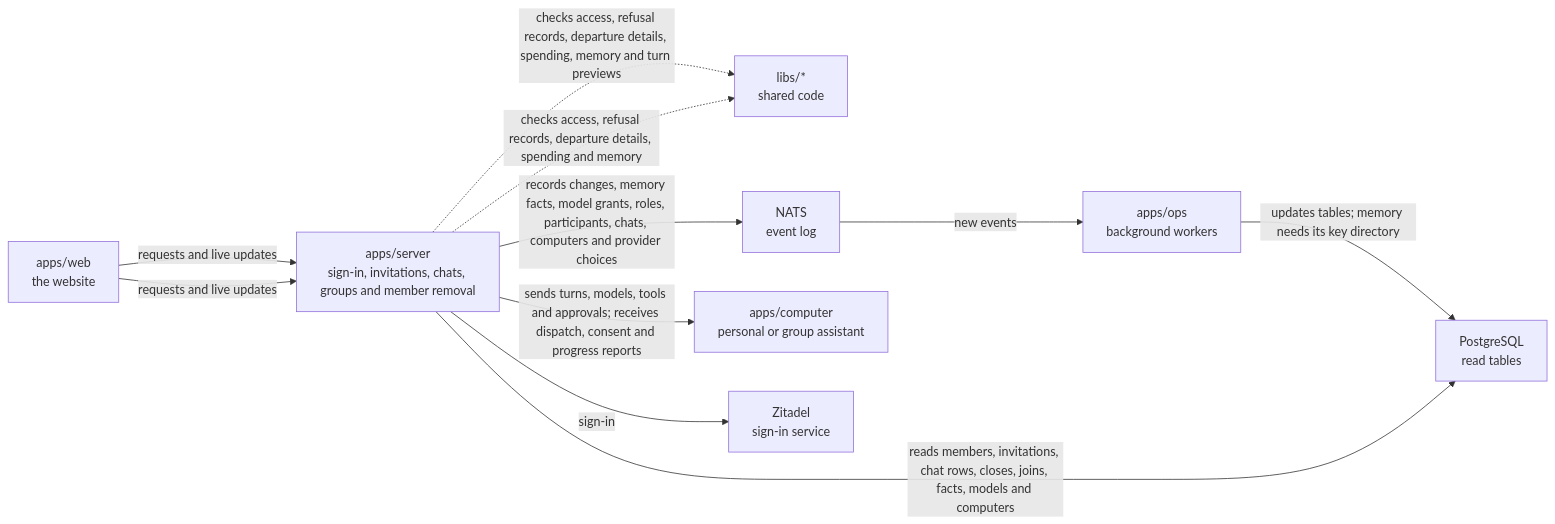
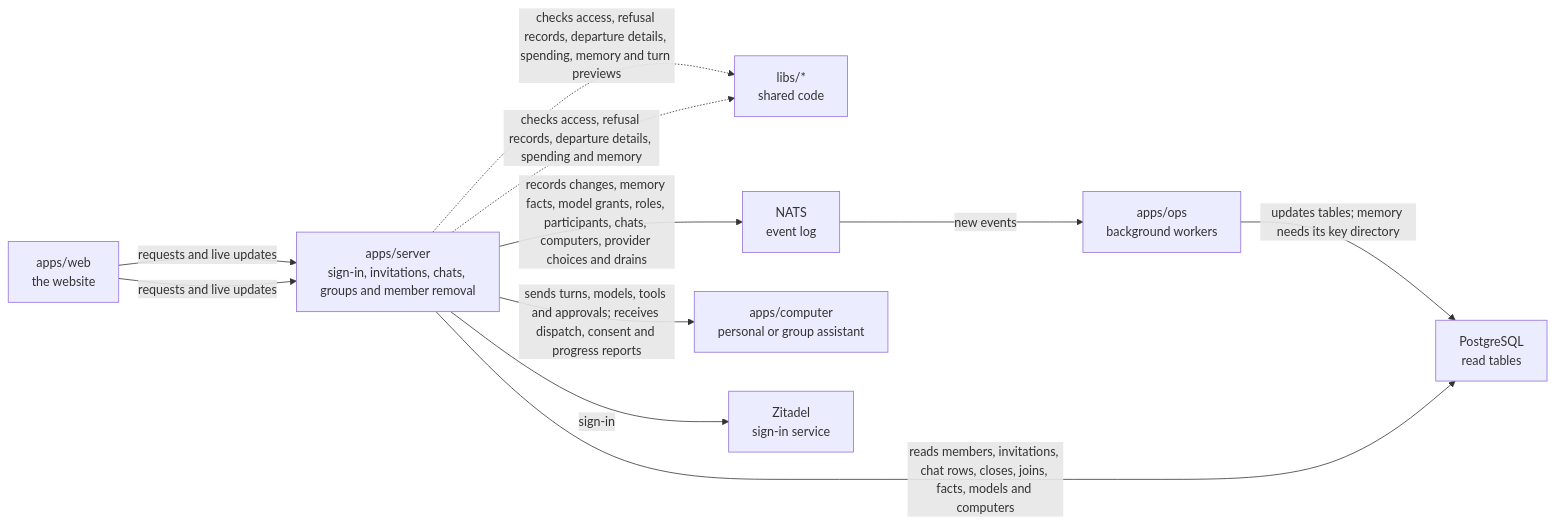
Before and after one commit to elewa-git/opencrane-new: the diagram in apps/server/README.md, drawn with Mermaid. The commit also changed other lines of this file and 19 other files, not shown here.

````diff
--- a/apps/server/README.md
+++ b/apps/server/README.md
@@ -11,13 +11,13 @@
 ```mermaid
 flowchart LR
   web["apps/web<br/>the website"] -->|requests and live updates| server["apps/server<br/>sign-in, invitations, chats, groups and member access"]
   server -.->|checks access, refusal records, departure details, spending, memory and turn previews| libs["libs/*<br/>shared code"]
   web["apps/web<br/>the website"] -->|requests and live updates| server["apps/server<br/>sign-in, invitations, chats, groups and member removal"]
   server -.->|checks access, refusal records, departure details, spending and memory| libs["libs/*<br/>shared code"]
-  server -->|records changes, memory facts, model grants, roles, participants, chats, computers and provider choices| nats["NATS<br/>event log"]
+  server -->|records changes, memory facts, model grants, roles, participants, chats, computers, provider choices and drains| nats["NATS<br/>event log"]
   nats -->|new events| ops["apps/ops<br/>background workers"]
   ops -->|updates tables; memory needs its key directory| postgres["PostgreSQL<br/>read tables"]
   server -->|reads members, invitations, chat rows, closes, joins, facts, models and computers| postgres
   server -->|sends turns, models, tools and approvals; receives dispatch, consent and progress reports| computer["apps/computer<br/>personal or group assistant"]
   server -->|sign-in| zitadel["Zitadel<br/>sign-in service"]
 ```
````
